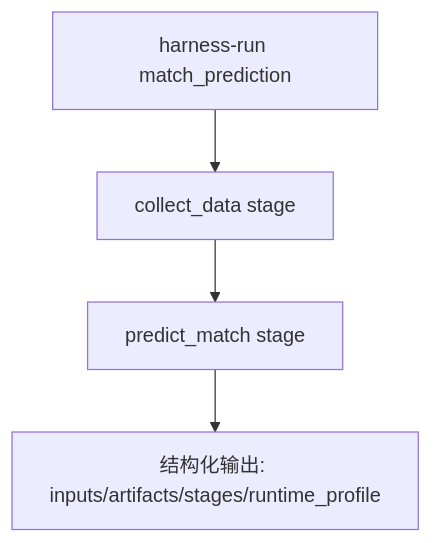
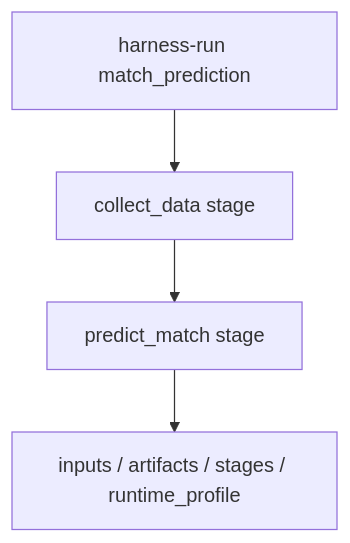
One commit to LorenJun/trae_projects changed the fourth of 5 diagrams in docs/architecture/europe_leagues_architecture.md. Above: the diagram before and after it, drawn with Mermaid. The commit also changed other lines of this file and 109 other files, not shown here.

````diff
--- a/docs/architecture/europe_leagues_architecture.md
+++ b/docs/architecture/europe_leagues_architecture.md
@@ -195,6 +223,6 @@
 ```mermaid
 flowchart TB
   H[harness-run match_prediction] --> S1[collect_data stage]
   S1 --> S2[predict_match stage]
-  S2 --> OUT[结构化输出: inputs/artifacts/stages/runtime_profile]
+  S2 --> OUT[inputs / artifacts / stages / runtime_profile]
 ```
````
